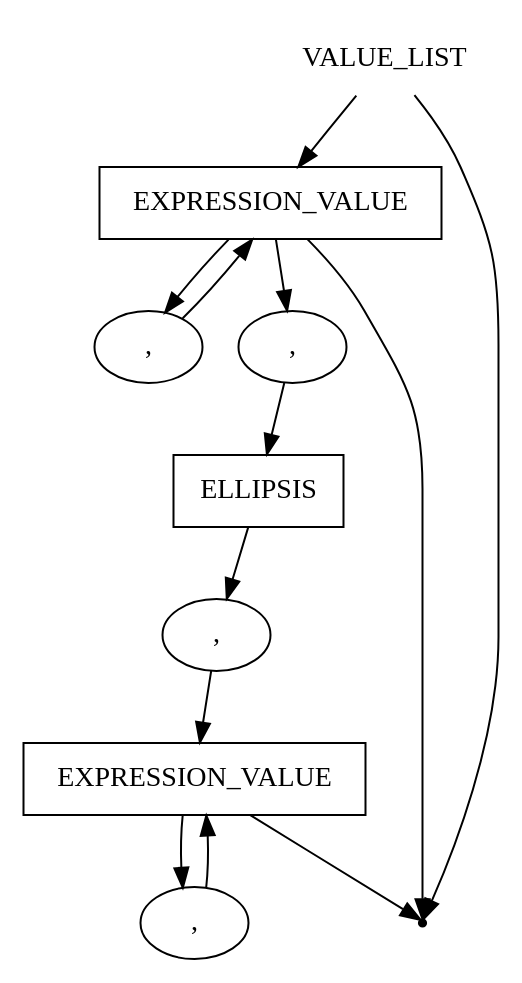
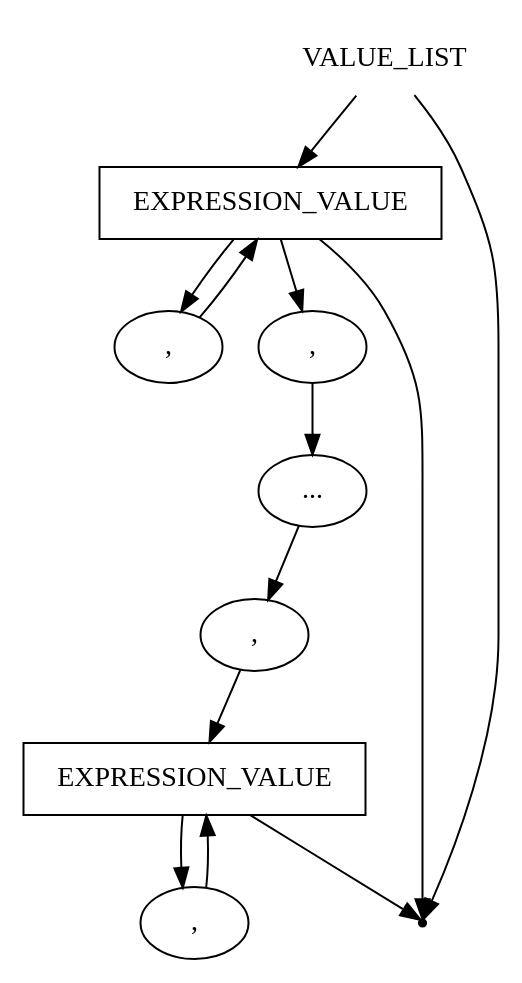
The diagram in pseudocode/value_list.gv (ayu-f/DSL_Pseudocode), drawn with Graphviz before and after one commit. The commit also changed 2 other files, not shown here.

```diff
--- a/pseudocode/value_list.gv
+++ b/pseudocode/value_list.gv
@@ -1,25 +1,25 @@
 digraph VALUE_LIST {
     start [label=VALUE_LIST shape=plaintext]
     expression_value_1 [label=EXPRESSION_VALUE shape=box]
     expression_value_2 [label=EXPRESSION_VALUE shape=box]
-    ellipsis [label=ELLIPSIS shape=box]
+    ellipsis [label="..." shape=oval]
     comma_1 [label="," shape=oval]
     comma_2 [label="," shape=oval]
     comma_3 [label="," shape=oval]
     comma_4 [label="," shape=oval]
     end [label="" shape=point]
 
     start -> expression_value_1
     expression_value_1 -> comma_1
     expression_value_1 -> comma_2
     comma_2 -> ellipsis
     ellipsis -> comma_3
     comma_3 -> expression_value_2
     expression_value_2 -> comma_4
     expression_value_2 -> end
 
     expression_value_1 -> end
     comma_4 -> expression_value_2
     comma_1 -> expression_value_1
     start -> end
 }
```
